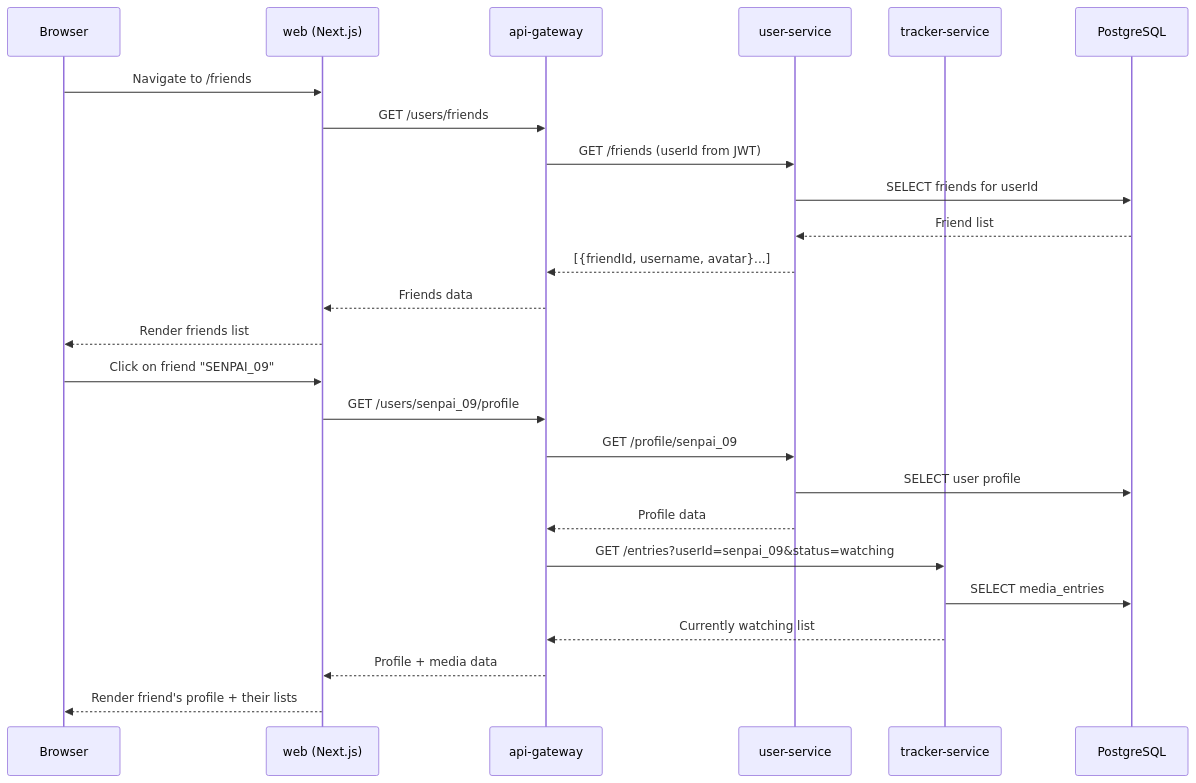
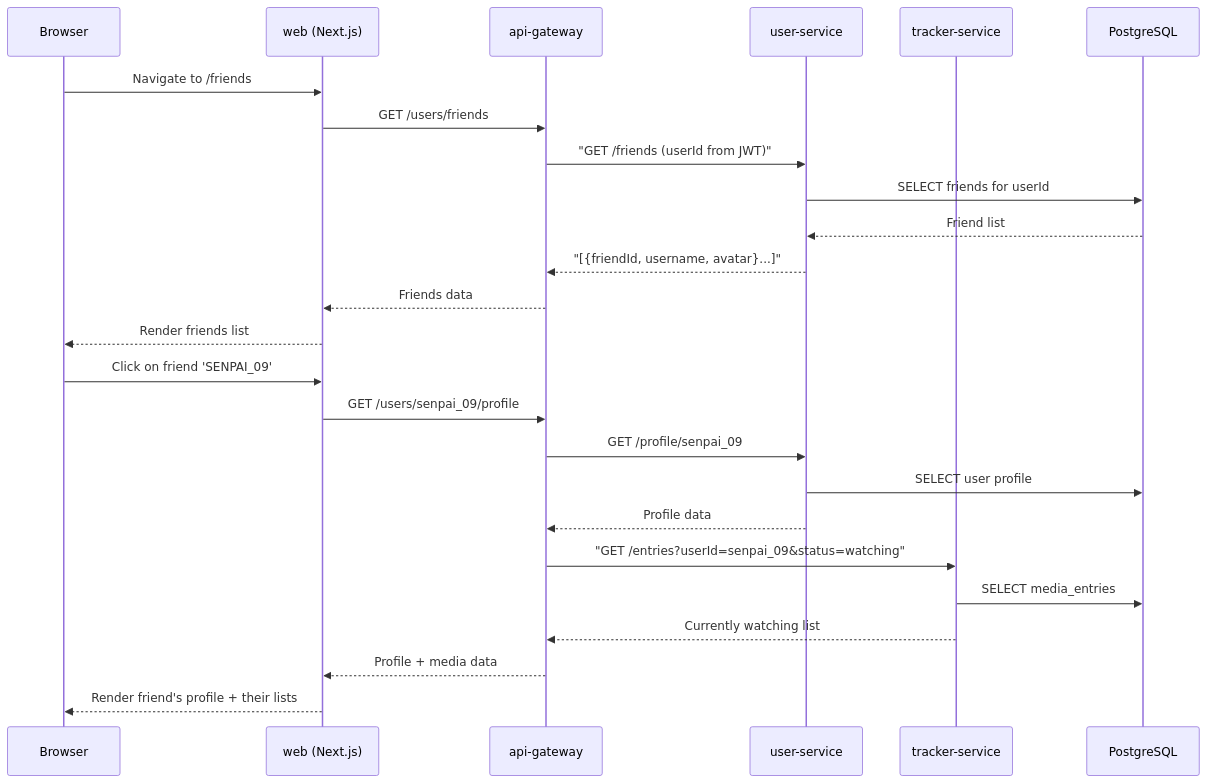
Before and after one commit to Kazi-Tanvir/Obsidian-Notes: the third of 5 diagrams in Notes/99_ARCHIVE/SYS_Tracker.md, drawn with Mermaid. The commit also changed other lines of this file, not shown here.

Commit message:
fix sequence diagram syntax to support brackets, curly braces and semicolons

````diff
--- a/Notes/99_ARCHIVE/SYS_Tracker.md
+++ b/Notes/99_ARCHIVE/SYS_Tracker.md
@@ -157,31 +157,31 @@
 ```mermaid
 sequenceDiagram
     participant B as Browser
     participant W as web (Next.js)
     participant G as api-gateway
     participant U as user-service
     participant T as tracker-service
     participant DB as PostgreSQL
 
     B->>W: Navigate to /friends
     W->>G: GET /users/friends
-    G->>U: GET /friends (userId from JWT)
+    G->>U: "GET /friends (userId from JWT)"
     U->>DB: SELECT friends for userId
     DB-->>U: Friend list
-    U-->>G: [{friendId, username, avatar}...]
+    U-->>G: "[{friendId, username, avatar}...]"
     G-->>W: Friends data
     W-->>B: Render friends list
 
-    B->>W: Click on friend "SENPAI_09"
+    B->>W: Click on friend 'SENPAI_09'
     W->>G: GET /users/senpai_09/profile
     G->>U: GET /profile/senpai_09
     U->>DB: SELECT user profile
     U-->>G: Profile data
 
-    G->>T: GET /entries?userId=senpai_09&status=watching
+    G->>T: "GET /entries?userId=senpai_09&status=watching"
     T->>DB: SELECT media_entries
     T-->>G: Currently watching list
 
     G-->>W: Profile + media data
     W-->>B: Render friend's profile + their lists
 ```
````
